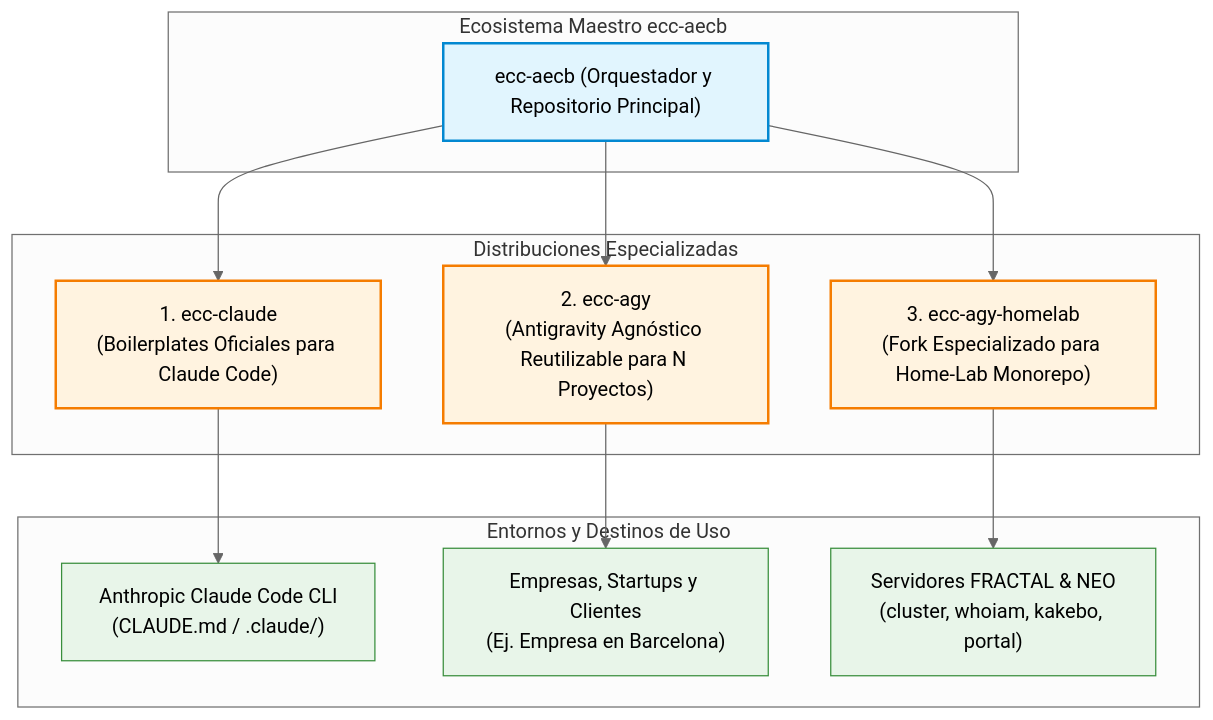
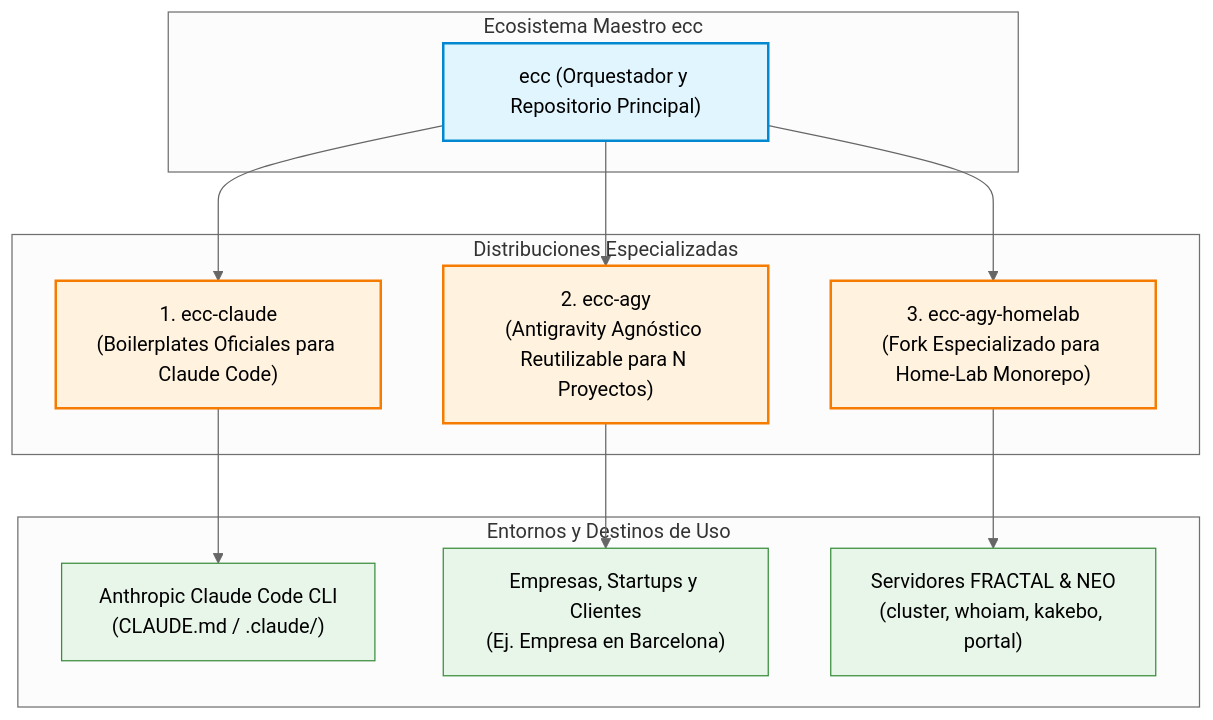
Before and after one commit to ACB75/ecc: the diagram in README.md, drawn with Mermaid (neutral theme). The commit also changed other lines of this file and 24 other files, not shown here.

````diff
--- a/README.md
+++ b/README.md
@@ -12,34 +12,34 @@
 ```mermaid
 flowchart TD
-    subgraph Core["Ecosistema Maestro ecc-aecb"]
-        Root["ecc-aecb (Orquestador y Repositorio Principal)"]
+    subgraph Core["Ecosistema Maestro ecc"]
+        Root["ecc (Orquestador y Repositorio Principal)"]
     end
 
     subgraph Flavors["Distribuciones Especializadas"]
         Claude["1. ecc-claude<br/>(Boilerplates Oficiales para Claude Code)"]
         AGY["2. ecc-agy<br/>(Antigravity Agnóstico Reutilizable para N Proyectos)"]
         HomeLab["3. ecc-agy-homelab<br/>(Fork Especializado para Home-Lab Monorepo)"]
     end
 
     subgraph Targets["Entornos y Destinos de Uso"]
         TargetClaude["Anthropic Claude Code CLI<br/>(CLAUDE.md / .claude/)"]
         TargetCorp["Empresas, Startups y Clientes<br/>(Ej. Empresa en Barcelona)"]
         TargetHomeLab["Servidores FRACTAL & NEO<br/>(cluster, whoiam, kakebo, portal)"]
     end
 
     Root --> Claude
     Root --> AGY
     Root --> HomeLab
 
     Claude --> TargetClaude
     AGY --> TargetCorp
     HomeLab --> TargetHomeLab
 
     classDef core fill:#e1f5fe,stroke:#0288d1,stroke-width:2px;
     classDef flavor fill:#fff3e0,stroke:#f57c00,stroke-width:2px;
     classDef target fill:#e8f5e9,stroke:#388e3c,stroke-width:1px;
 
     class Root core;
     class Claude,AGY,HomeLab flavor;
     class TargetClaude,TargetCorp,TargetHomeLab target;
 ```
````
